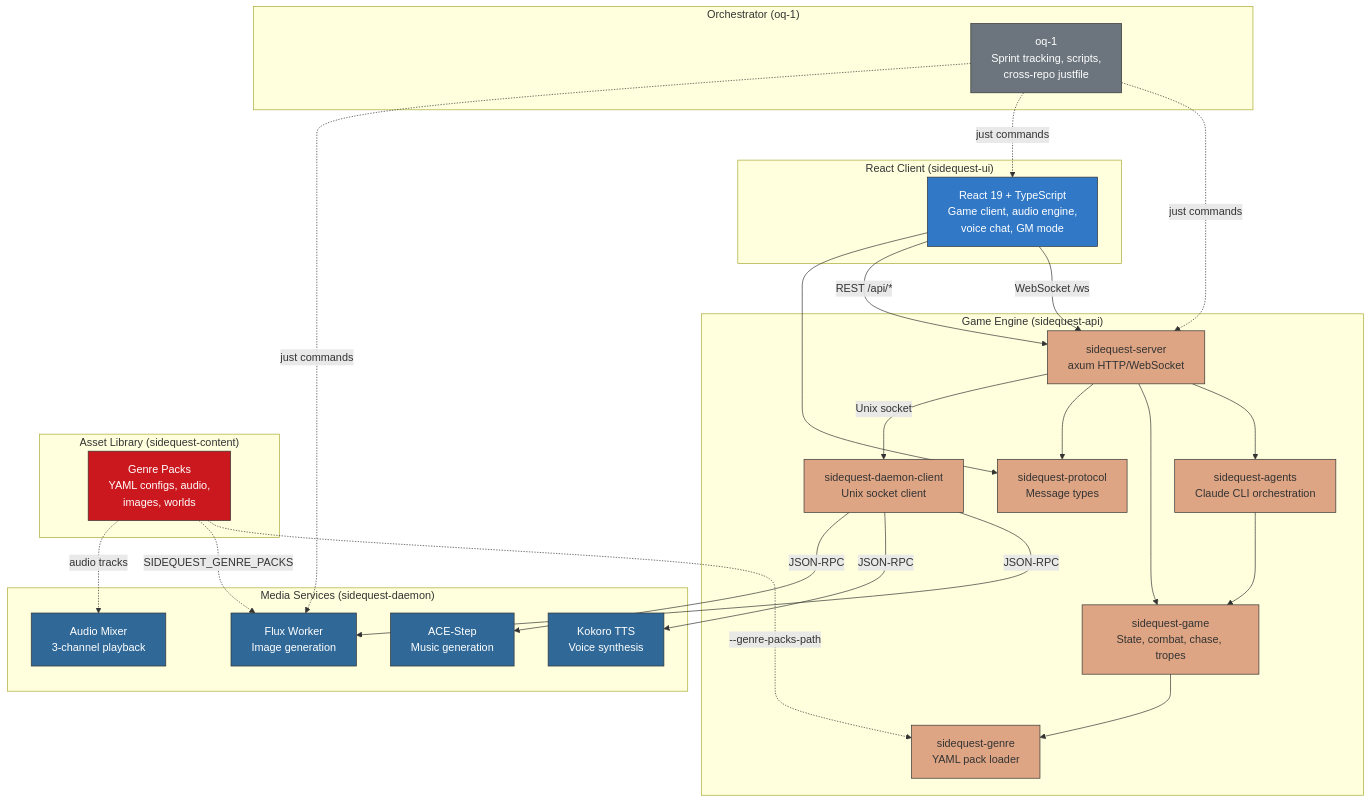
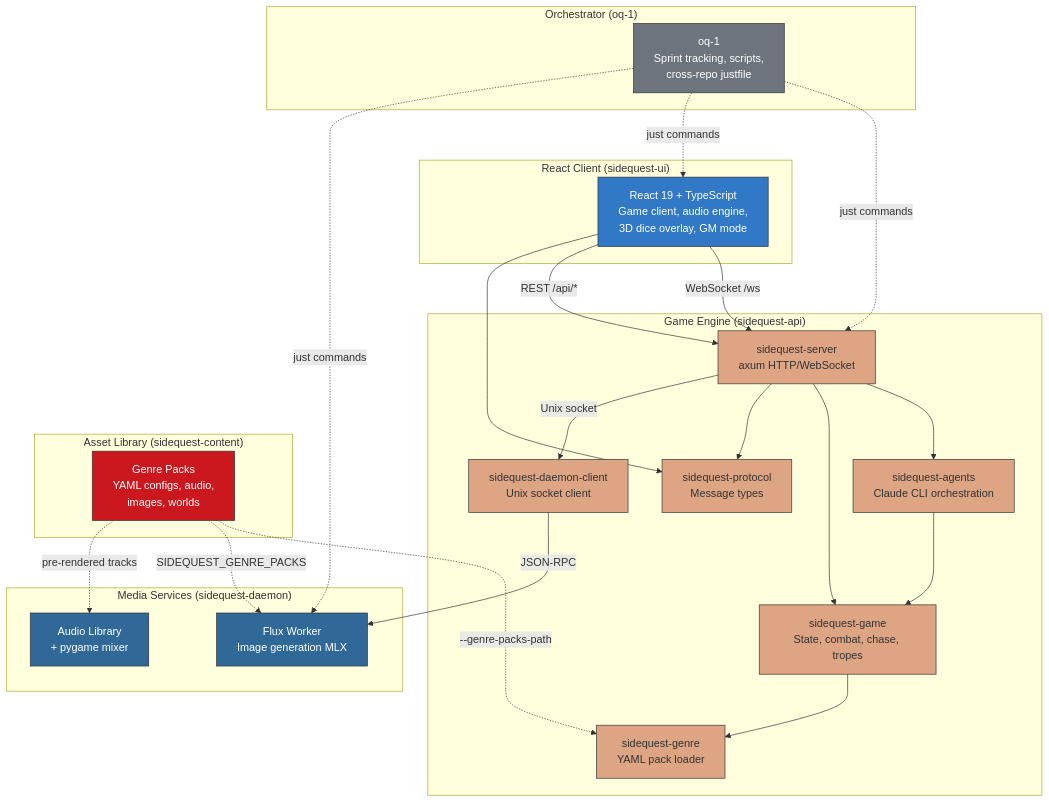
The first of 4 diagrams in docs/system-diagram.md (slabgorb/sidequest), drawn with Mermaid before and after one commit. The commit also changed other lines of this file and 8 other files, not shown here.

````diff
--- a/docs/system-diagram.md
+++ b/docs/system-diagram.md
@@ -7,62 +7,58 @@
 ```mermaid
 graph TB
     subgraph "Orchestrator (oq-1)"
         ORC[oq-1<br/>Sprint tracking, scripts,<br/>cross-repo justfile]
     end
 
     subgraph "Game Engine (sidequest-api)"
         SERVER[sidequest-server<br/>axum HTTP/WebSocket]
         AGENTS[sidequest-agents<br/>Claude CLI orchestration]
         GAME[sidequest-game<br/>State, combat, chase, tropes]
         GENRE[sidequest-genre<br/>YAML pack loader]
         PROTO[sidequest-protocol<br/>Message types]
         DCLIENT[sidequest-daemon-client<br/>Unix socket client]
     end
 
     subgraph "React Client (sidequest-ui)"
-        UI[React 19 + TypeScript<br/>Game client, audio engine,<br/>voice chat, GM mode]
+        UI[React 19 + TypeScript<br/>Game client, audio engine,<br/>3D dice overlay, GM mode]
     end
 
     subgraph "Media Services (sidequest-daemon)"
-        FLUX[Flux Worker<br/>Image generation]
-        KOKORO[Kokoro TTS<br/>Voice synthesis]
-        ACE[ACE-Step<br/>Music generation]
-        MIXER[Audio Mixer<br/>3-channel playback]
+        FLUX[Flux Worker<br/>Image generation MLX]
+        MIXER[Audio Library<br/>+ pygame mixer]
     end
 
     subgraph "Asset Library (sidequest-content)"
         PACKS[Genre Packs<br/>YAML configs, audio,<br/>images, worlds]
     end
 
     UI -->|WebSocket /ws| SERVER
     UI -->|REST /api/*| SERVER
     SERVER --> AGENTS
     SERVER --> GAME
     AGENTS --> GAME
     GAME --> GENRE
     SERVER --> PROTO
     UI --> PROTO
     SERVER -->|Unix socket| DCLIENT
     DCLIENT -->|JSON-RPC| FLUX
-    DCLIENT -->|JSON-RPC| KOKORO
-    DCLIENT -->|JSON-RPC| ACE
 
     PACKS -.->|--genre-packs-path| GENRE
     PACKS -.->|SIDEQUEST_GENRE_PACKS| FLUX
-    PACKS -.->|audio tracks| MIXER
+    PACKS -.->|pre-rendered tracks| MIXER
     ORC -.->|just commands| SERVER
     ORC -.->|just commands| UI
     ORC -.->|just commands| FLUX
 
     classDef rust fill:#dea584,stroke:#333
     classDef ts fill:#3178c6,stroke:#333,color:#fff
     classDef py fill:#306998,stroke:#333,color:#fff
     classDef yaml fill:#cb171e,stroke:#333,color:#fff
     classDef orch fill:#6c757d,stroke:#333,color:#fff
 
     class SERVER,AGENTS,GAME,GENRE,PROTO,DCLIENT rust
     class UI ts
     class FLUX,KOKORO,ACE,MIXER py
     class PACKS yaml
     class ORC orch
 ```
````
